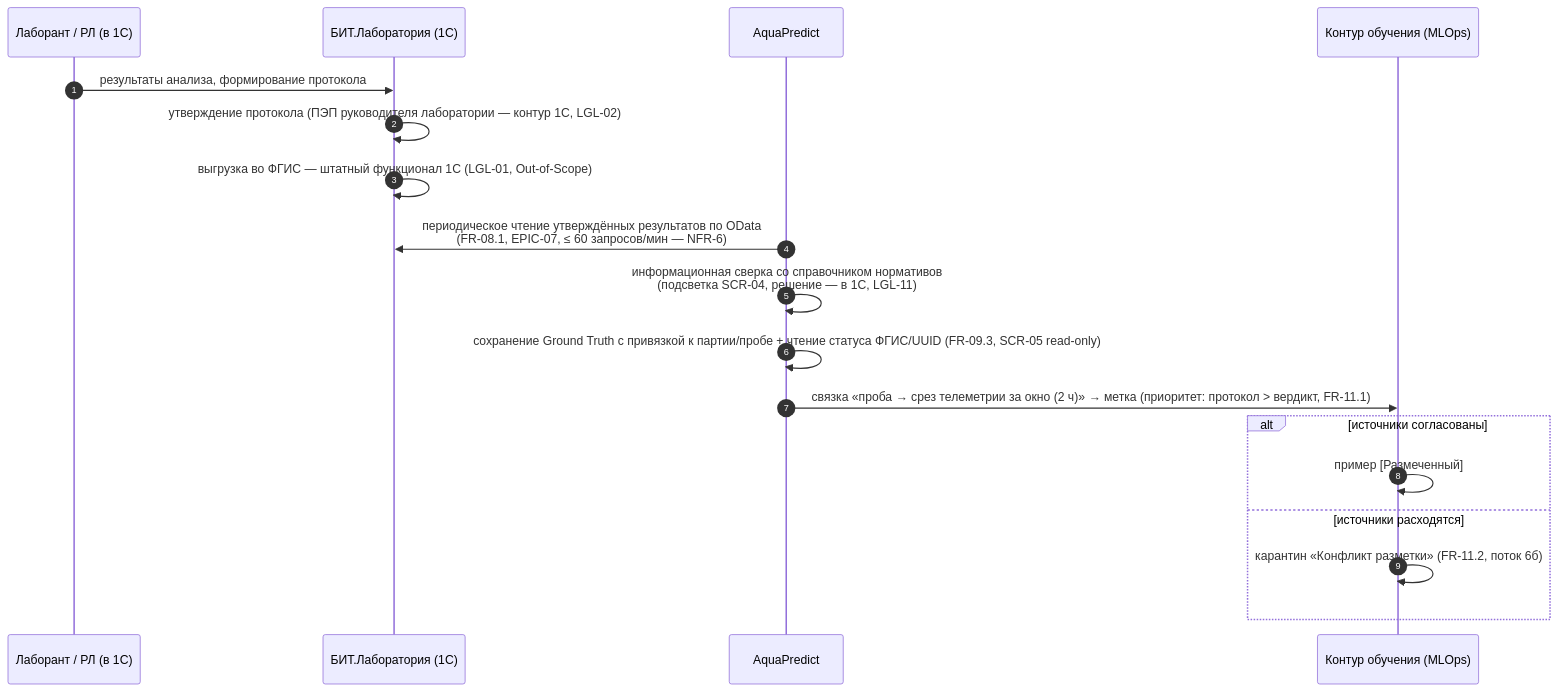
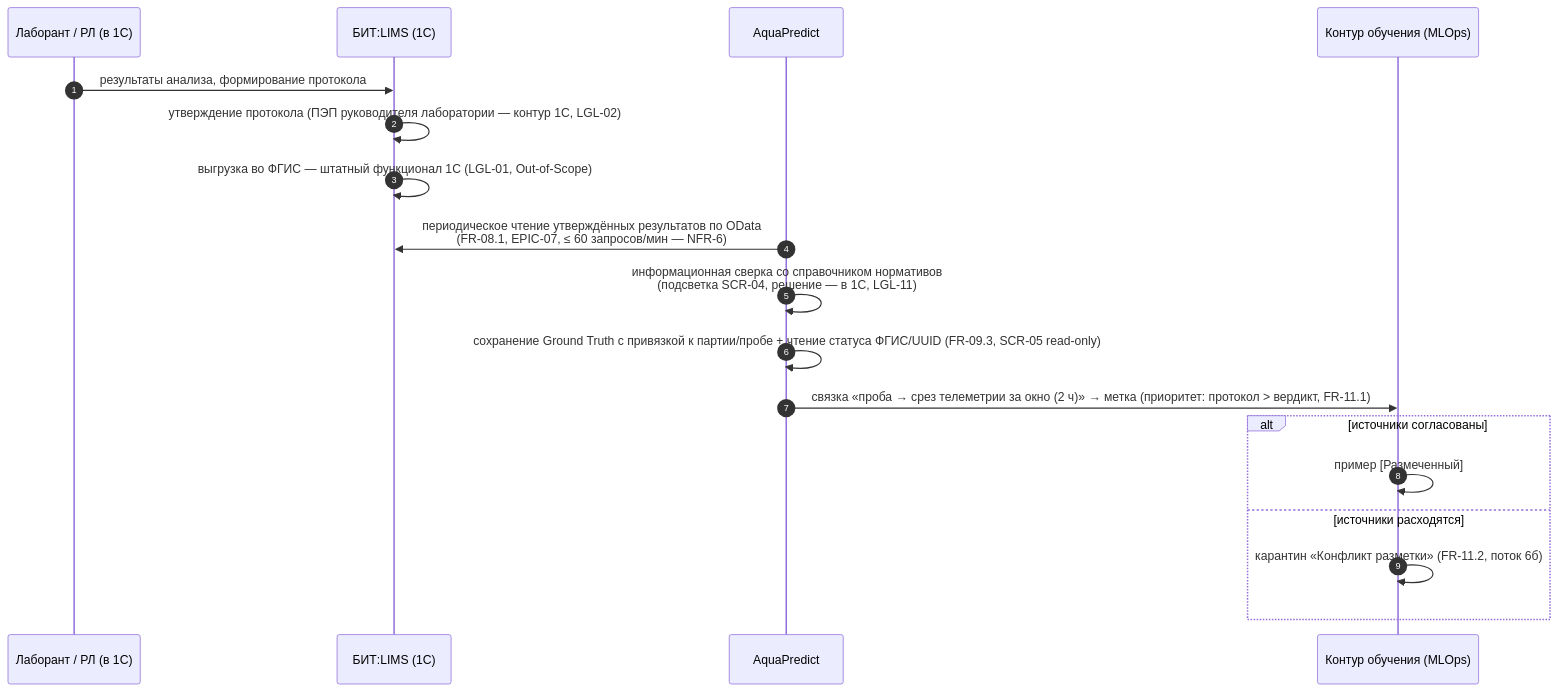
Before and after one commit to igorvolk1961/water_checker: the diagram in docs/system_analysis/diagrams/sequence_uc5_ground_truth.md, drawn with Mermaid. The commit also changed other lines of this file and 45 other files, not shown here.

Commit message:
Rename product to БИТ:LIMS across docs/diagrams/code; document real-API access status and integration bridge

````diff
--- a/docs/system_analysis/diagrams/sequence_uc5_ground_truth.md
+++ b/docs/system_analysis/diagrams/sequence_uc5_ground_truth.md
@@ -5,21 +5,21 @@
 ```mermaid
 sequenceDiagram
     autonumber
     participant ЛБ as Лаборант / РЛ (в 1С)
-    participant 1С as БИТ.Лаборатория (1С)
+    participant 1С as БИТ:LIMS (1С)
     participant AP as AquaPredict
     participant МЛ as Контур обучения (MLOps)
 
     ЛБ->>1С: результаты анализа, формирование протокола
     1С->>1С: утверждение протокола (ПЭП руководителя лаборатории — контур 1С, LGL-02)
     1С->>1С: выгрузка во ФГИС — штатный функционал 1С (LGL-01, Out-of-Scope)
     AP->>1С: периодическое чтение утверждённых результатов по OData<br/>(FR-08.1, EPIC-07, ≤ 60 запросов/мин — NFR-6)
     AP->>AP: информационная сверка со справочником нормативов<br/>(подсветка SCR-04, решение — в 1С, LGL-11)
     AP->>AP: сохранение Ground Truth с привязкой к партии/пробе + чтение статуса ФГИС/UUID (FR-09.3, SCR-05 read-only)
     AP->>МЛ: связка «проба → срез телеметрии за окно (2 ч)» → метка (приоритет: протокол > вердикт, FR-11.1)
     alt источники согласованы
         МЛ->>МЛ: пример [Размеченный]
     else источники расходятся
         МЛ->>МЛ: карантин «Конфликт разметки» (FR-11.2, поток 6б)
     end
 ```
````
